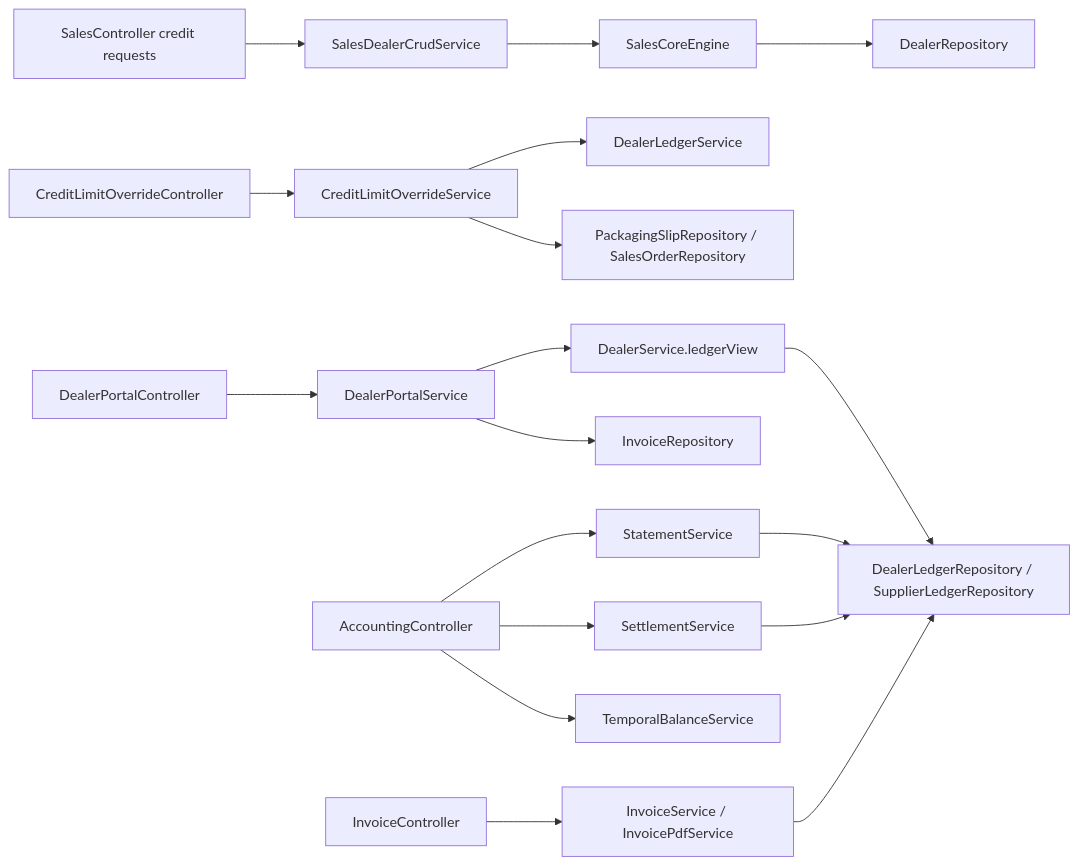
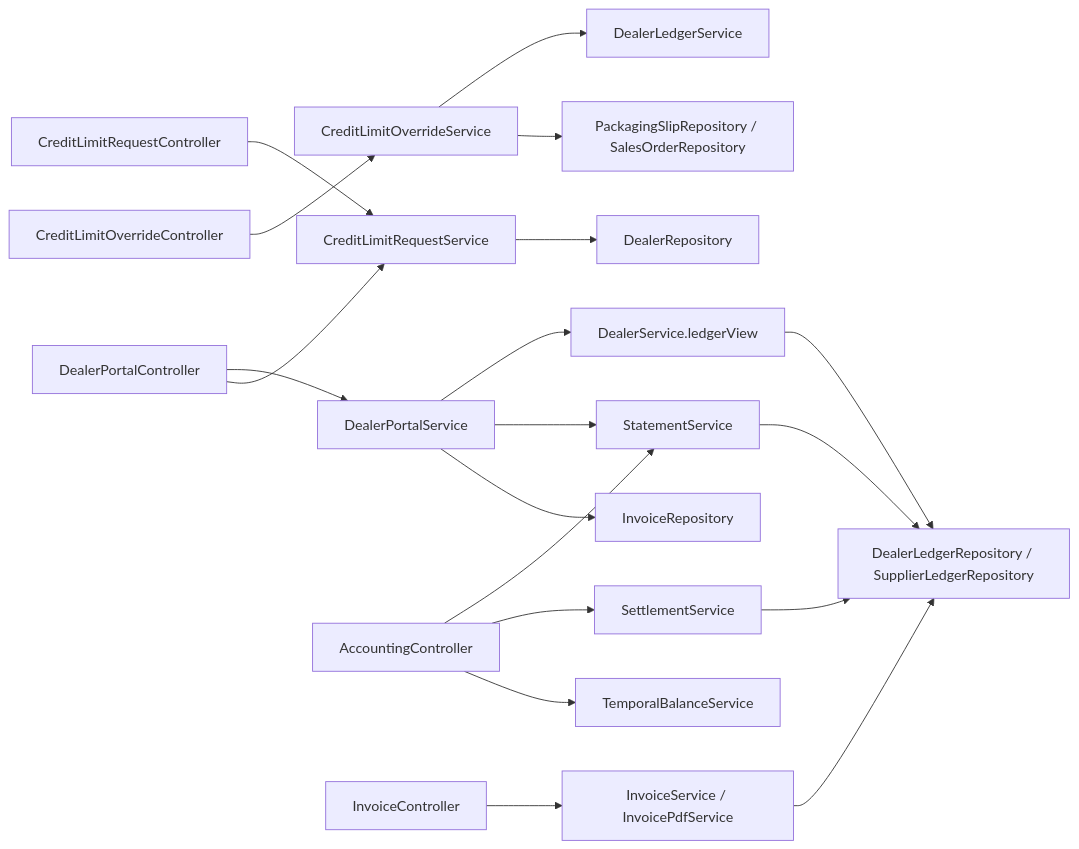
The diagram in docs/developer/accounting-flows/14-credit-ledger-and-customer-flows.md (anasibnanwar-XYE/bigbrightpaints-erp), drawn with Mermaid before and after one commit. The commit also changed other lines of this file and 42 other files, not shown here.

````diff
--- a/docs/developer/accounting-flows/14-credit-ledger-and-customer-flows.md
+++ b/docs/developer/accounting-flows/14-credit-ledger-and-customer-flows.md
@@ -18,24 +18,25 @@
 ```mermaid
 flowchart LR
-    SCR["SalesController credit requests"] --> SDC["SalesDealerCrudService"]
-    SDC --> SCE["SalesCoreEngine"]
-    SCE --> DEAL["DealerRepository"]
+    CLR["CreditLimitRequestController"] --> CLS["CreditLimitRequestService"]
+    CLS --> DEAL["DealerRepository"]
 
     OVC["CreditLimitOverrideController"] --> OVS["CreditLimitOverrideService"]
     OVS --> DLS["DealerLedgerService"]
     OVS --> PSR["PackagingSlipRepository / SalesOrderRepository"]
 
     DPC["DealerPortalController"] --> DPS["DealerPortalService"]
+    DPC --> CLS
     DPS --> DS["DealerService.ledgerView"]
+    DPS --> STS
     DPS --> IR["InvoiceRepository"]
 
     ACC["AccountingController"] --> STS["StatementService"]
     ACC --> SET["SettlementService"]
     ACC --> TBS["TemporalBalanceService"]
     INV["InvoiceController"] --> IVS["InvoiceService / InvoicePdfService"]
 
     STS --> LED["DealerLedgerRepository / SupplierLedgerRepository"]
     SET --> LED
     DS --> LED
     IVS --> LED
 ```
````
